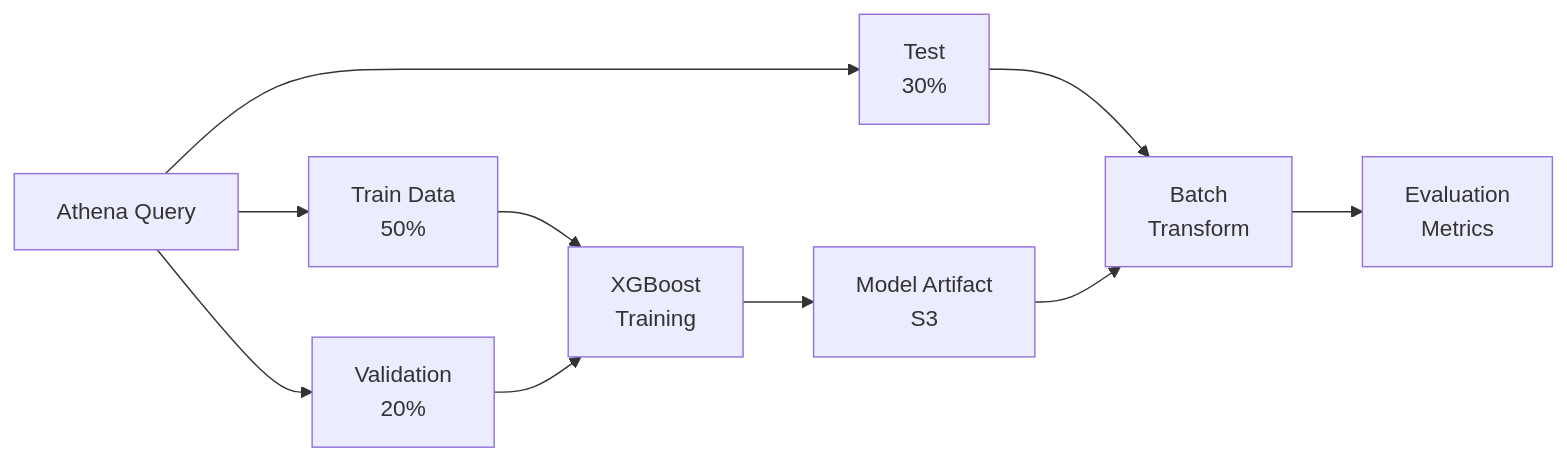
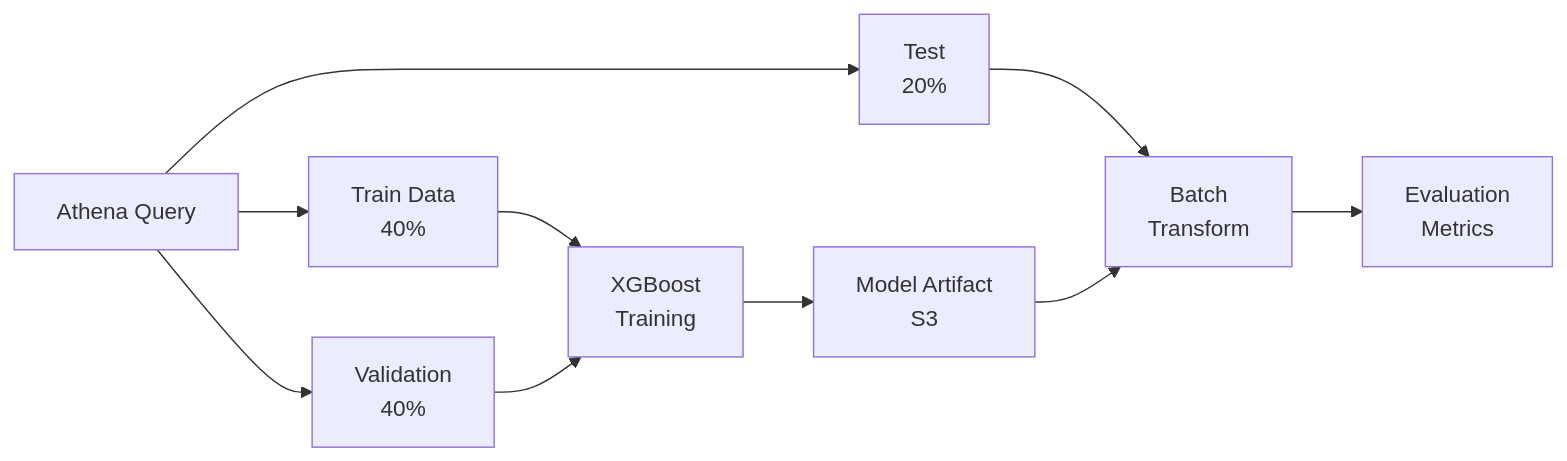
The fourth of 8 diagrams in README.md (isralennon/MSAAI540), drawn with Mermaid before and after one commit. The commit also changed other lines of this file, not shown here.

Commit message:
Update training data split in README

````diff
--- a/README.md
+++ b/README.md
@@ -141,12 +141,12 @@
 ```mermaid
 graph LR
-    A[Athena Query] --> B[Train Data<br/>50%]
-    A --> C[Validation<br/>20%]
-    A --> D[Test<br/>30%]
+    A[Athena Query] --> B[Train Data<br/>40%]
+    A --> C[Validation<br/>40%]
+    A --> D[Test<br/>20%]
     B --> E[XGBoost<br/>Training]
     C --> E
     E --> F[Model Artifact<br/>S3]
     D --> G[Batch<br/>Transform]
     F --> G
     G --> H[Evaluation<br/>Metrics]
 ```
````
